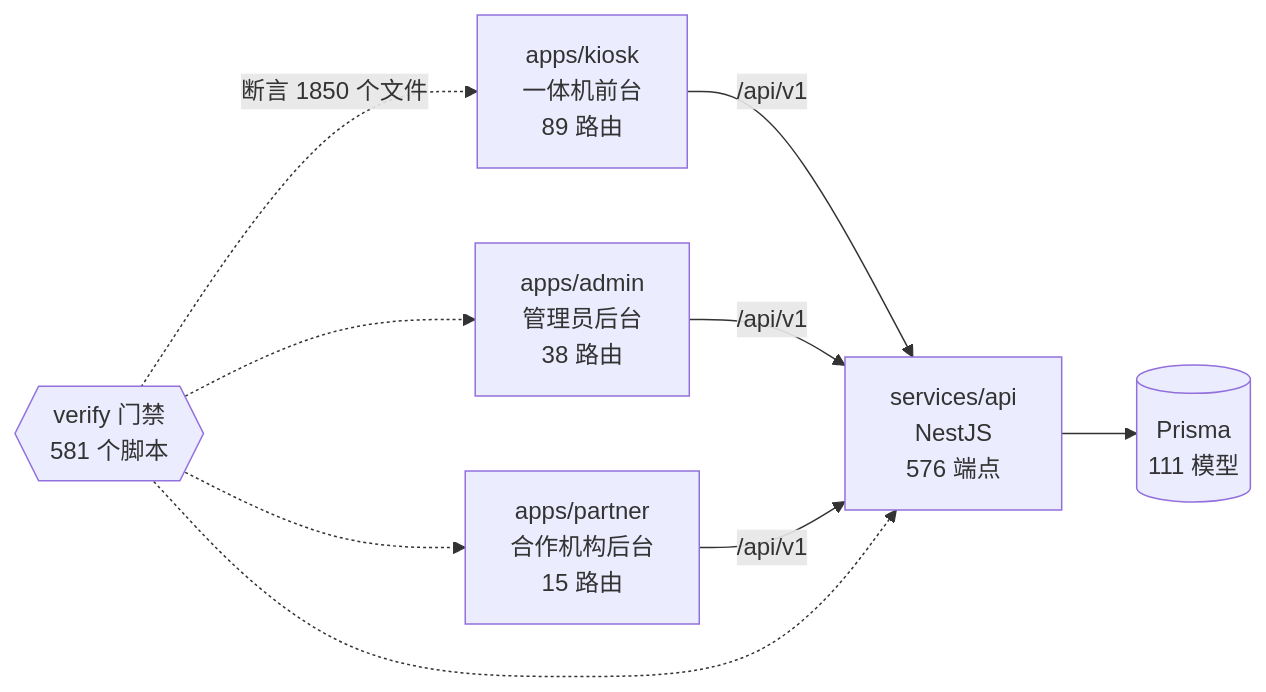
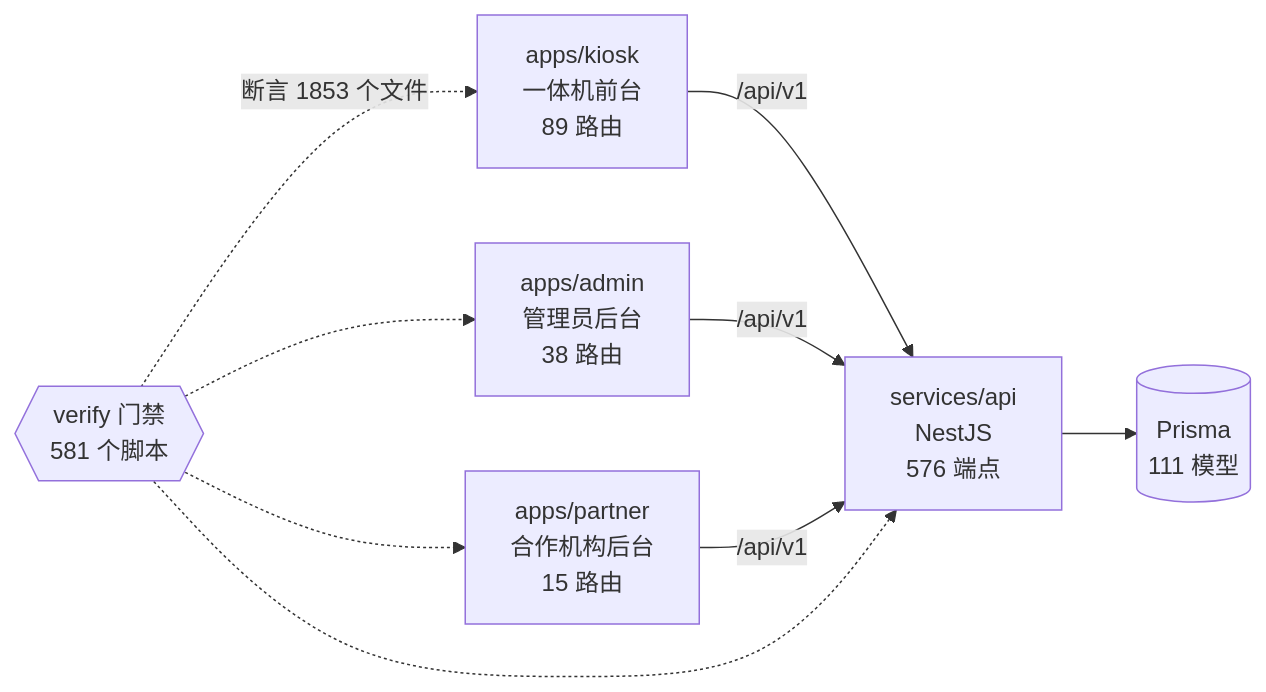
Before and after one commit to wanglei581/YITIJI: the diagram in docs/graph/README.md, drawn with Mermaid. The commit also changed other lines of this file and 96 other files, not shown here.

````diff
--- a/docs/graph/README.md
+++ b/docs/graph/README.md
@@ -68,18 +68,18 @@
 ```mermaid
 flowchart LR
   kiosk["apps/kiosk<br/>一体机前台<br/>89 路由"]
   admin["apps/admin<br/>管理员后台<br/>38 路由"]
   partner["apps/partner<br/>合作机构后台<br/>15 路由"]
   api["services/api<br/>NestJS<br/>576 端点"]
   db[("Prisma<br/>111 模型")]
   gates{{"verify 门禁<br/>581 个脚本"}}
 
   kiosk -->|"/api/v1"| api
   admin -->|"/api/v1"| api
   partner -->|"/api/v1"| api
   api --> db
-  gates -.->|"断言 1850 个文件"| kiosk
+  gates -.->|"断言 1853 个文件"| kiosk
   gates -.-> admin
   gates -.-> partner
   gates -.-> api
 ```
````
